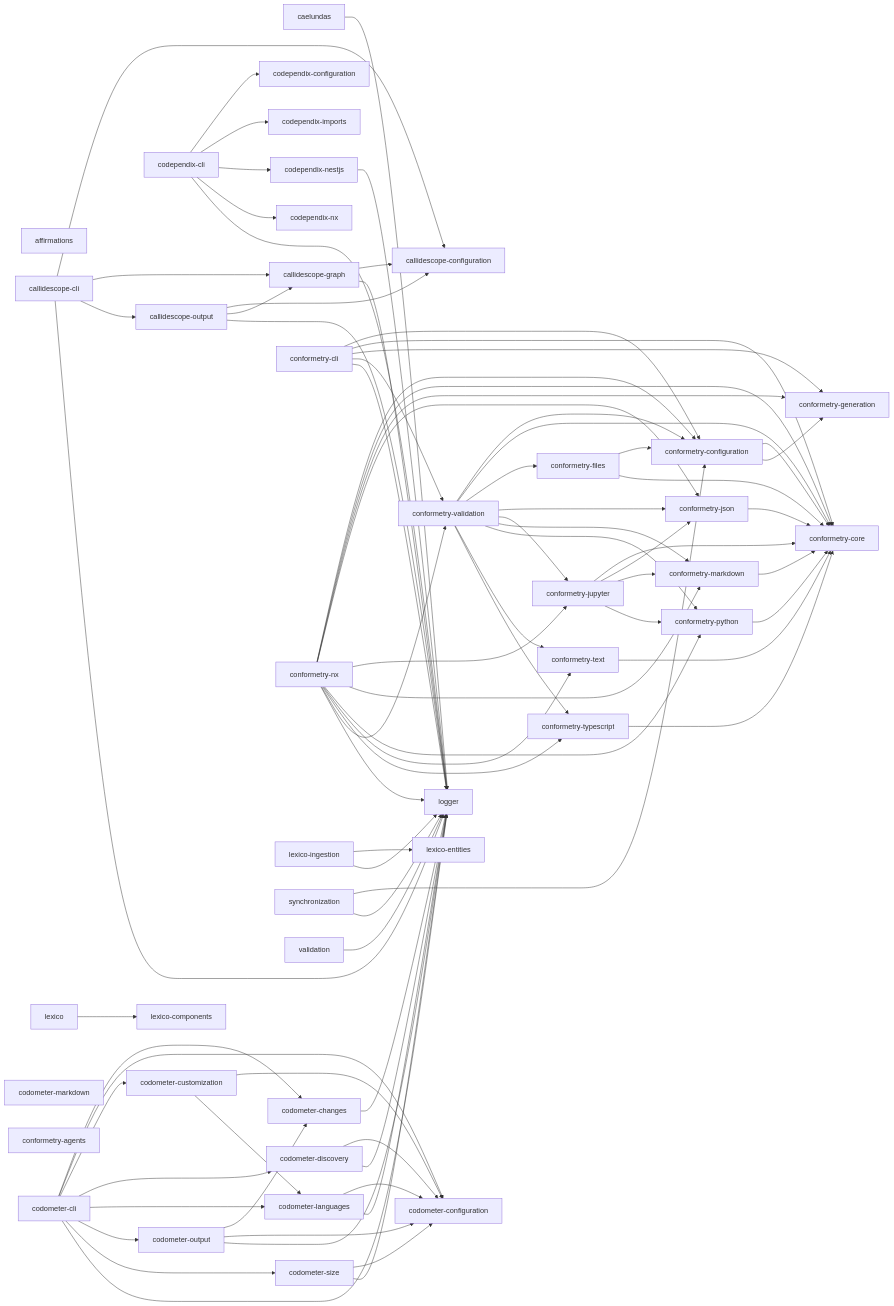
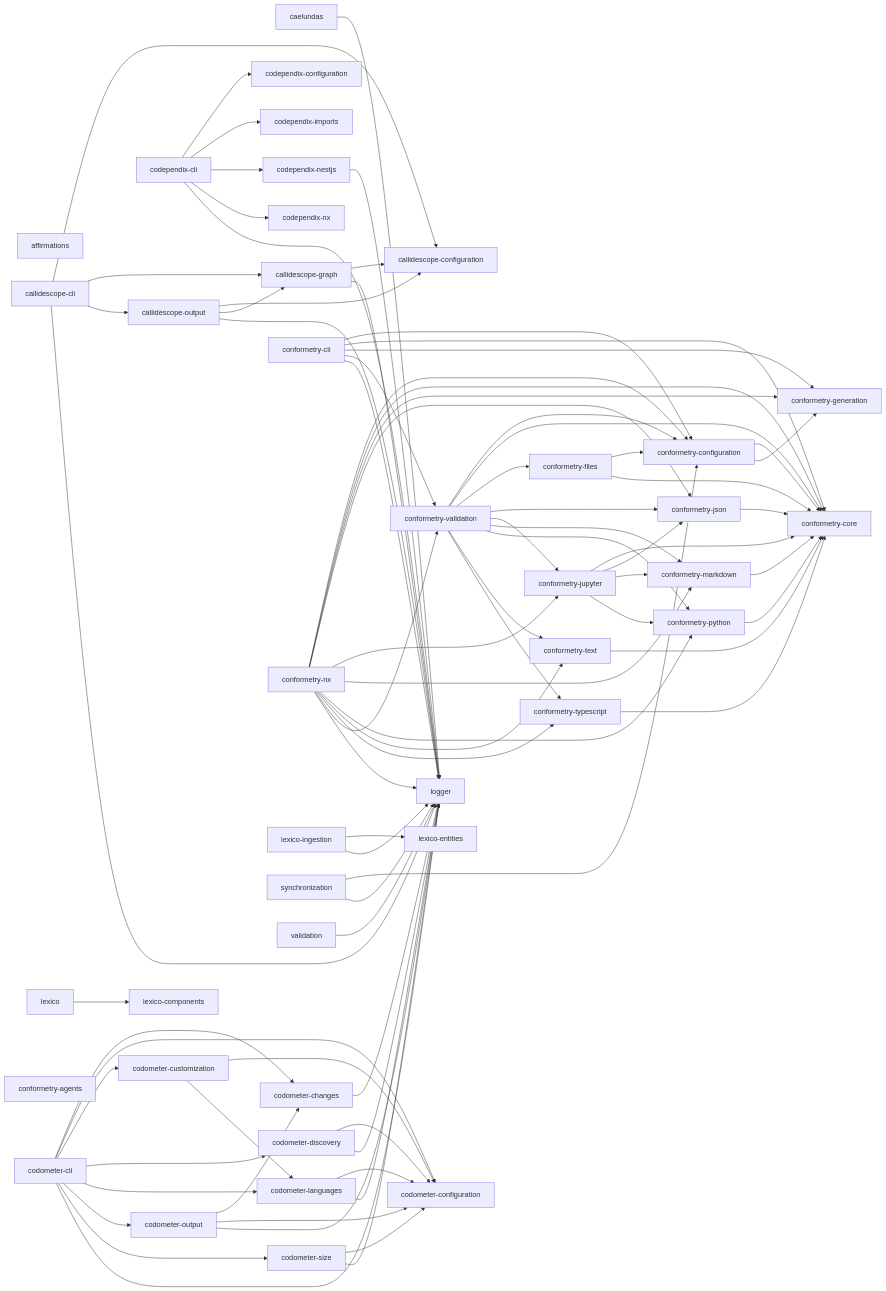
One commit to JimmyPaolini/codebase changed the diagram in README.md. Above: the diagram before and after it, drawn with Mermaid. The commit also changed other lines of this file and 17 other files, not shown here.

```diff
--- a/README.md
+++ b/README.md
@@ -149,7 +165,6 @@
   codometer_customization["codometer-customization"]
   codometer_discovery["codometer-discovery"]
   codometer_languages["codometer-languages"]
-  codometer_markdown["codometer-markdown"]
   codometer_output["codometer-output"]
   codometer_size["codometer-size"]
   conformetry_agents["conformetry-agents"]
```
